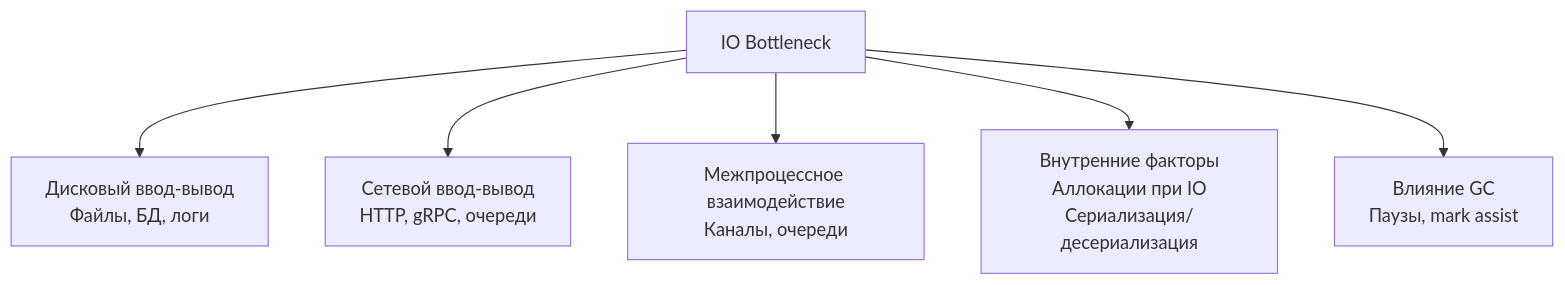
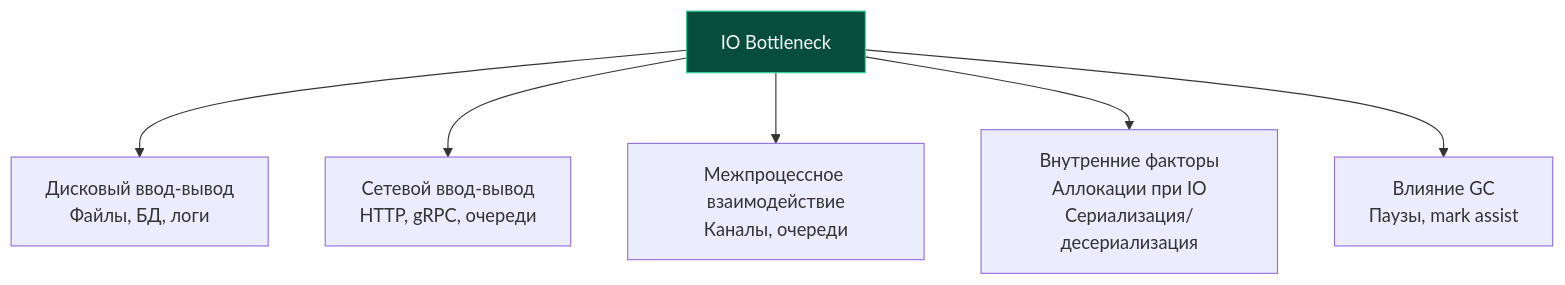
Before and after one commit to UnrealTemplier/go-textbook: the diagram in sources/16. Профилирование, отладка и производительность/07. IO и системный уровень/2. IO bottlenecks.md, drawn with Mermaid. The commit also changed 1666 other files, not shown here.

First line of the commit message:
feat(mermaid): add semantic color classDef to 1369 colorless flowchart/graph diagrams

````diff
--- a/sources/16. Профилирование, отладка и производительность/07. IO и системный уровень/2. IO bottlenecks.md
+++ b/sources/16. Профилирование, отладка и производительность/07. IO и системный уровень/2. IO bottlenecks.md
@@ -15,8 +15,18 @@
 ```mermaid
 flowchart TD
-    IO["IO Bottleneck"] --> Disk["Дисковый ввод-вывод<br>Файлы, БД, логи"]
+    classDef process  fill:#1e293b,stroke:#38bdf8,stroke-width:1px,color:#f8fafc
+    classDef success  fill:#064e3b,stroke:#34d399,stroke-width:1px,color:#f8fafc
+    classDef error    fill:#7f1d1d,stroke:#f87171,stroke-width:1px,color:#f8fafc
+    classDef warning  fill:#78350f,stroke:#fbbf24,stroke-width:1px,color:#f8fafc
+    classDef entry    fill:#1e3a5f,stroke:#38bdf8,stroke-width:2px,color:#f8fafc
+    classDef aux      fill:#334155,stroke:#64748b,stroke-width:1px,color:#f8fafc
+    classDef system   fill:#312e81,stroke:#a78bfa,stroke-width:1px,color:#f8fafc
+    classDef data     fill:#132d29,stroke:#2dd4bf,stroke-width:1px,color:#f8fafc
+    classDef network  fill:#881337,stroke:#fb7185,stroke-width:1px,color:#f8fafc
+    classDef accent   fill:#1e1b4b,stroke:#818cf8,stroke-width:1px,color:#f8fafc
+    IO["IO Bottleneck"]:::success --> Disk["Дисковый ввод-вывод<br>Файлы, БД, логи"]
     IO --> Net["Сетевой ввод-вывод<br>HTTP, gRPC, очереди"]
     IO --> IPC["Межпроцессное взаимодействие<br>Каналы, очереди"]
     IO --> Internal["Внутренние факторы<br>Аллокации при IO<br>Сериализация/десериализация"]
     IO --> GC_IO["Влияние GC<br>Паузы, mark assist"]
 ```
````
